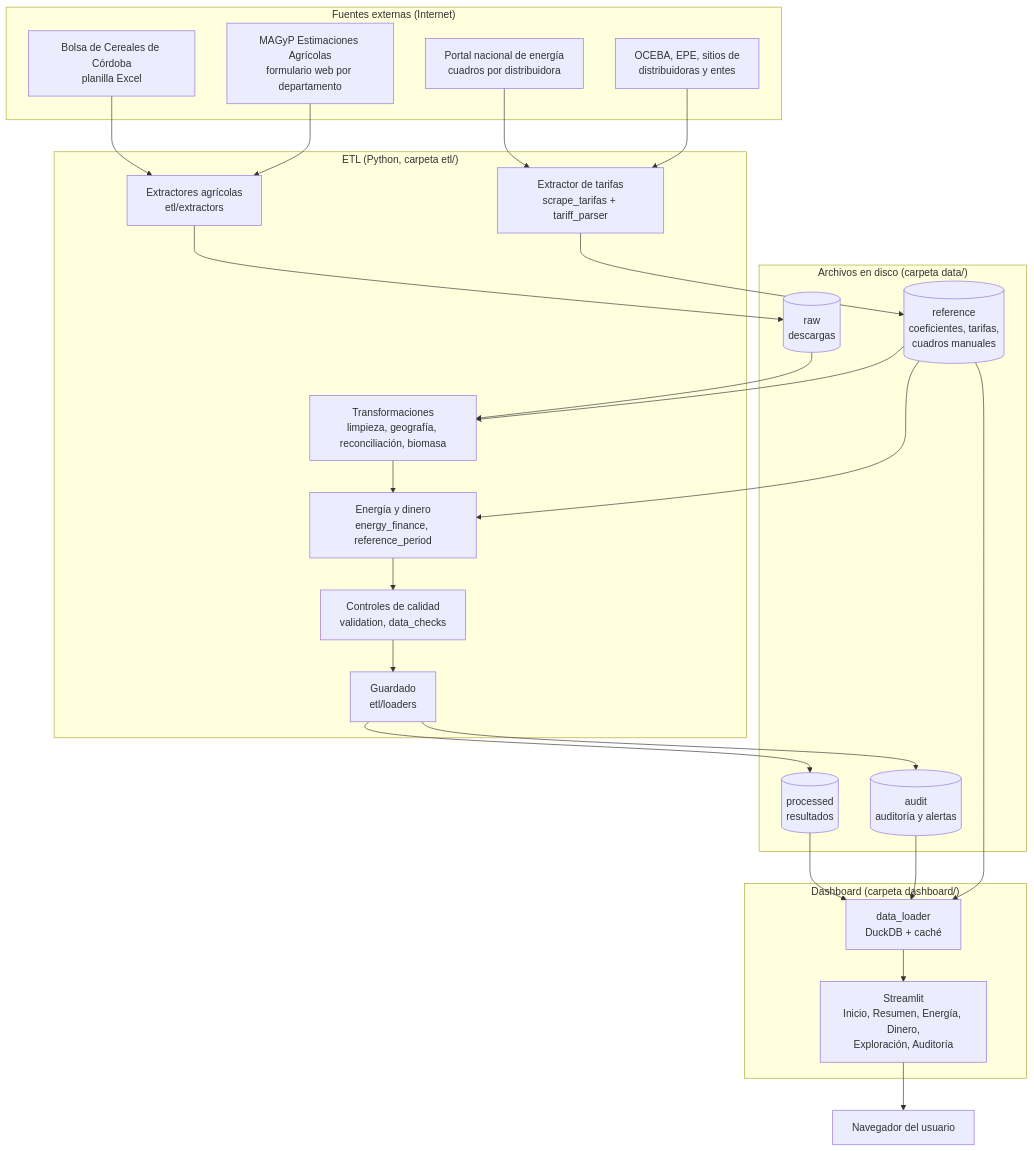
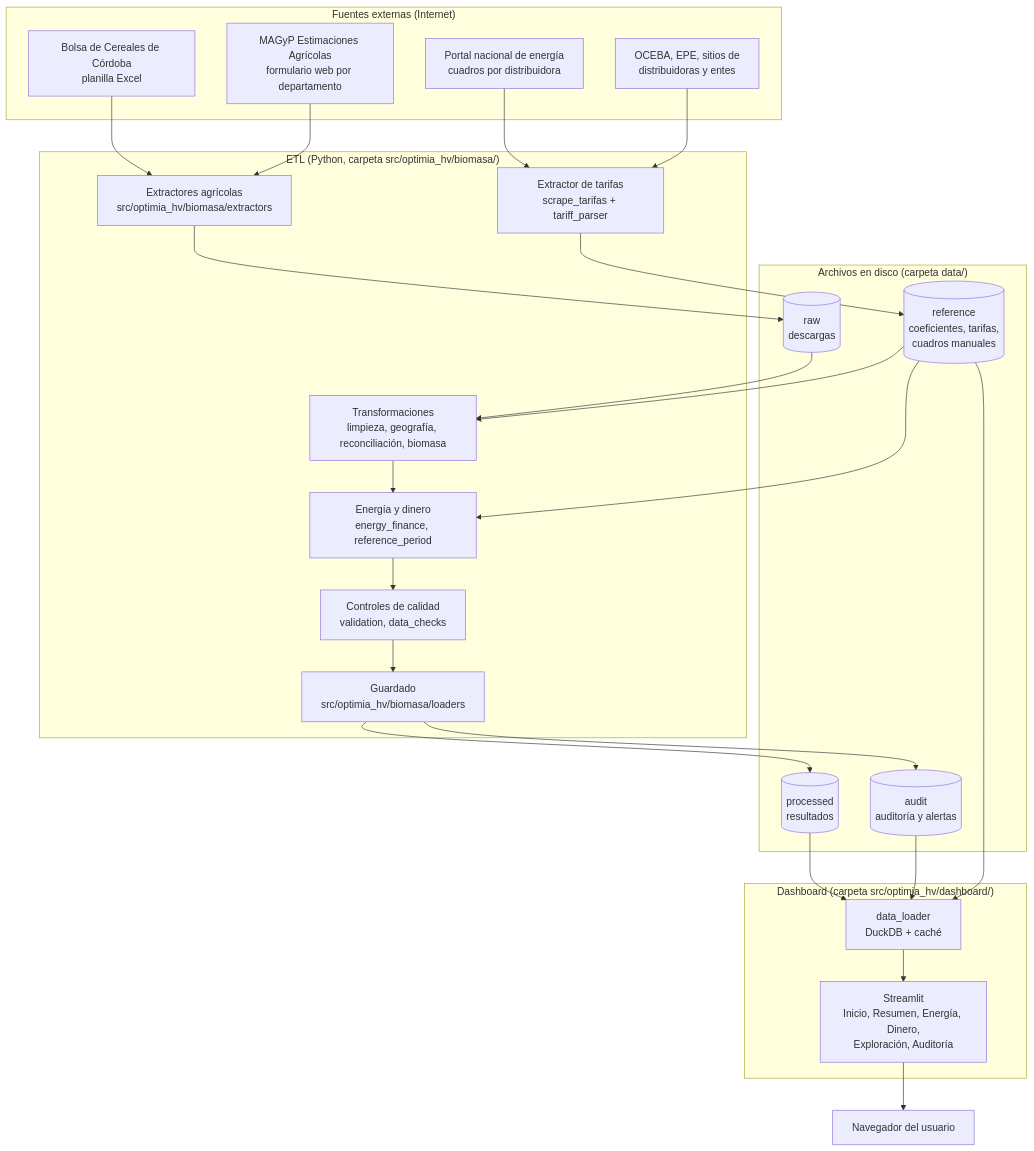
Before and after one commit to marcoeferro/SYNGAS-OPTIMIA-HV: the diagram in docs/04_arquitectura/arquitectura.md, drawn with Mermaid. The commit also changed other lines of this file and 149 other files, not shown here.

First line of the commit message:
Reestructurar el repo en src/optimia_hv para unificar biomasa y solar

````diff
--- a/docs/04_arquitectura/arquitectura.md
+++ b/docs/04_arquitectura/arquitectura.md
@@ -17,50 +17,50 @@
 ```mermaid
 graph TB
     subgraph Fuentes["Fuentes externas (Internet)"]
         S1[Bolsa de Cereales de Córdoba<br/>planilla Excel]
         S2[MAGyP Estimaciones Agrícolas<br/>formulario web por departamento]
         S3[Portal nacional de energía<br/>cuadros por distribuidora]
         S4[OCEBA, EPE, sitios de<br/>distribuidoras y entes]
     end
 
-    subgraph ETL["ETL (Python, carpeta etl/)"]
-        E1[Extractores agrícolas<br/>etl/extractors]
+    subgraph ETL["ETL (Python, carpeta src/optimia_hv/biomasa/)"]
+        E1[Extractores agrícolas<br/>src/optimia_hv/biomasa/extractors]
         E2[Extractor de tarifas<br/>scrape_tarifas + tariff_parser]
         T1[Transformaciones<br/>limpieza, geografía, reconciliación, biomasa]
         T2[Energía y dinero<br/>energy_finance, reference_period]
         Q[Controles de calidad<br/>validation, data_checks]
-        L1[Guardado<br/>etl/loaders]
+        L1[Guardado<br/>src/optimia_hv/biomasa/loaders]
     end
 
     subgraph Datos["Archivos en disco (carpeta data/)"]
         R1[(raw<br/>descargas)]
         R2[(reference<br/>coeficientes, tarifas,<br/>cuadros manuales)]
         R3[(processed<br/>resultados)]
         R4[(audit<br/>auditoría y alertas)]
     end
 
-    subgraph Servicio["Dashboard (carpeta dashboard/)"]
+    subgraph Servicio["Dashboard (carpeta src/optimia_hv/dashboard/)"]
         D1[data_loader<br/>DuckDB + caché]
         D2[Streamlit<br/>Inicio, Resumen, Energía, Dinero,<br/>Exploración, Auditoría]
     end
 
     S1 --> E1
     S2 --> E1
     S3 --> E2
     S4 --> E2
     E1 --> R1
     E2 --> R2
     R1 --> T1
     R2 --> T1
     T1 --> T2
     R2 --> T2
     T2 --> Q
     Q --> L1
     L1 --> R3
     L1 --> R4
     R3 --> D1
     R4 --> D1
     R2 --> D1
     D1 --> D2
     D2 --> U[Navegador del usuario]
 ```
````
